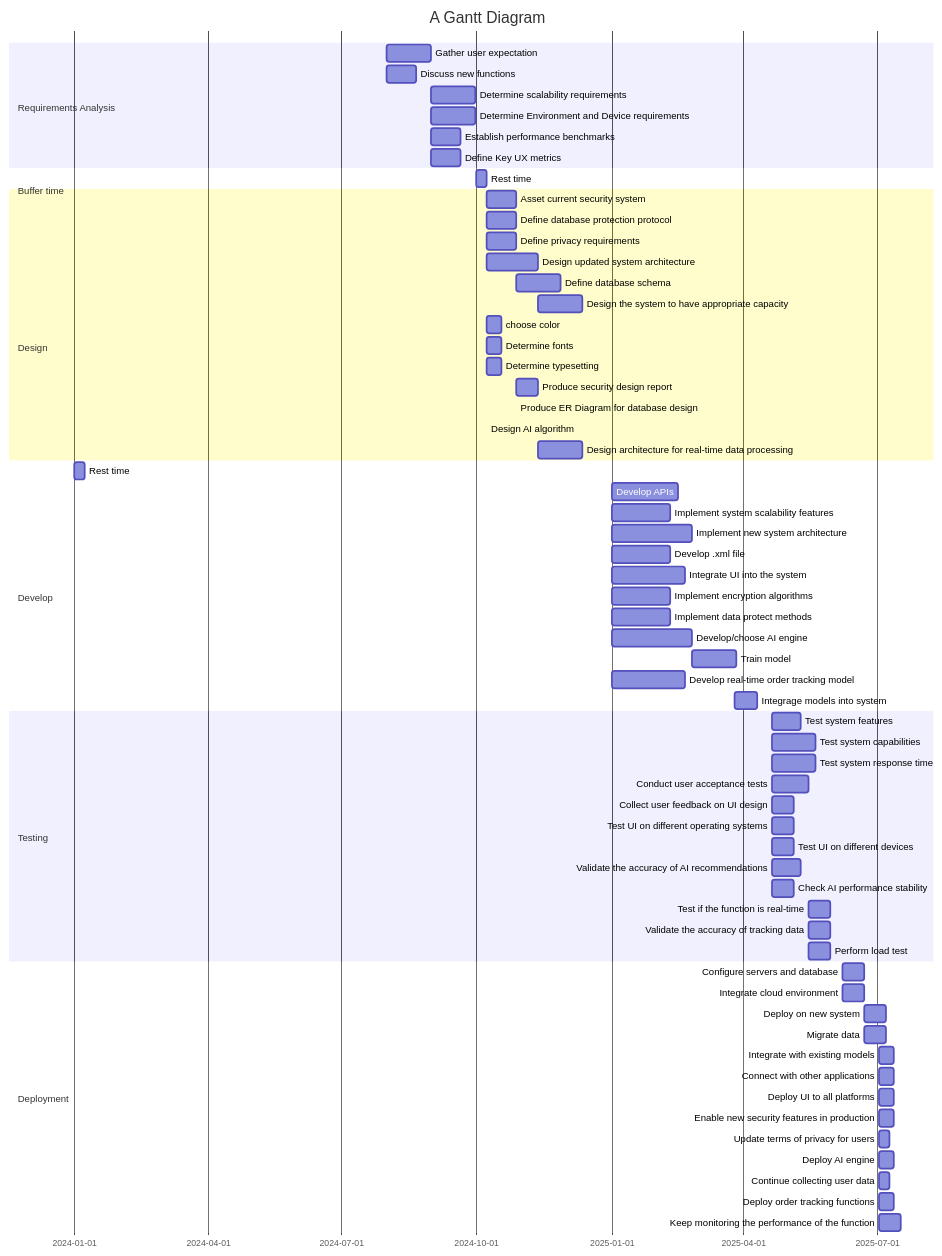
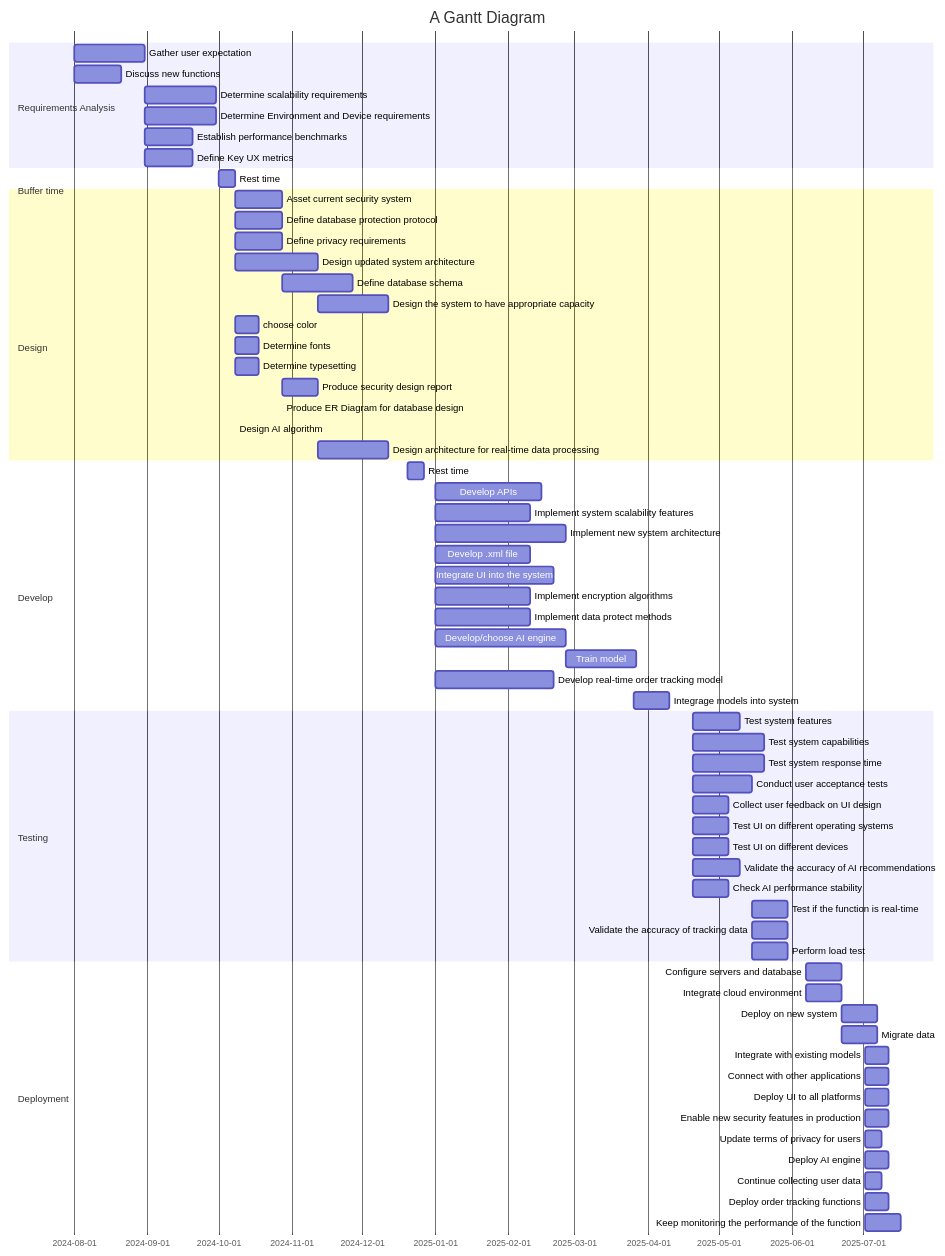
Before and after one commit to sayshelley/iodraw-files: the diagram in all/Untitled-5.md, drawn with Mermaid.

Commit message:
2024-10-11 18:48:08 update

````diff
--- a/all/Untitled-5.md
+++ b/all/Untitled-5.md
@@ -1,77 +1,77 @@
 ```mermaid
 gantt
     title A Gantt Diagram
     dateFormat  YYYY-MM-DD
     section Requirements Analysis
         Gather user expectation: a4, 2024-08-01, 30d
         Discuss new functions: a6, 2024-08-01, 20d
         Determine scalability requirements: a1, after a4, 30d
         Determine Environment and Device requirements: a2, after a4, 30d
         Establish performance benchmarks: a3, after a4, 20d
         Define Key UX metrics: a5, after a4, 20d
     section Buffer time
         Rest time: 2024-10-01, 7d
         
     section Design
         Asset current security system: b1, 2024-10-08, 20d
         Define database protection protocol: b2, 2024-10-08, 20d
         Define privacy requirements: b3, 2024-10-08, 20d
         Design updated system architecture: b4, 2024-10-08, 35d
         Define database schema: b5, after b2, 30d
         Design the system to have appropriate capacity: b6, after b4, 30d
         choose color: b7, 2024-10-08, 10d
         Determine fonts: b8, 2024-10-08, 10d
         Determine typesetting: b9, 2024-10-08, 10d
         Produce security design report: b10, 2024-10-28 ,15d
         Produce ER Diagram for database design: b11, 2024-10-28, 15
         Design AI algorithm: b12, 2024-10-08, 35
         Design architecture for real-time data processing: b13, 2024-11-12,30d
     section Buffer time
-        Rest time: 2024-1-01, 7d
+        Rest time: 2024-12-20, 7d
     section Develop
         Develop APIs: c1, 2025-01-01, 45d
         Implement system scalability features: c2, 2025-01-01, 40d
         Implement new system architecture: c3, 2025-01-01, 55d
         Develop .xml file: c4, 2025-01-01, 40d
         Integrate UI into the system: c5, 2025-01-01, 50d
         Implement encryption algorithms:c6, 2025-01-01, 40d
         Implement data protect methods: c7, 2025-01-01, 40d
         Develop/choose AI engine: c8, 2025-01-01, 55d
         Train model: c9, 2025-02-25, 30d
         Develop real-time order tracking model: c10, 2025-01-01, 50d
         Integrage models into system: c11, 2025-03-26, 15d
     section Testing
         Test system features: d1, 2025-04-20, 20d
         Test system capabilities: d2, 2025-04-20, 30d
         Test system response time: d3, 2025-04-20, 30d
         Conduct user acceptance tests: d4, 2025-04-20, 25d
         Collect user feedback on UI design: d5, 2025-04-20, 15d
         Test UI on different operating systems: d6, 2025-04-20, 15d
         Test UI on different devices: d7, 2025-04-20, 15d
         Validate the accuracy of AI recommendations: d8, 2025-04-20, 20d
         Check AI performance stability: d9, 2025-04-20, 15d
         Test if the function is real-time: d10, 2025-05-15, 15d
         Validate the accuracy of tracking data: d11, 2025-05-15, 15d
         Perform load test: d12, 2025-05-15, 15d
     section Deployment
         Configure servers and database: e1, 2025-06-07, 15d
         Integrate cloud environment: e2, 2025-06-07, 15d
         Deploy on new system: e3, 2025-06-22, 15d
         Migrate data: e4, 2025-06-22, 15d
         Integrate with existing models: e5, 2025-07-02, 10d
         Connect with other applications: e6, 2025-07-02,10d
         Deploy UI to all platforms: e7, 2025-07-02, 10d
         Enable new security features in production: e8, 2025-07-02, 10d
         Update terms of privacy for users: e9, 2025-07-02, 7d
         Deploy AI engine: e10, 2025-07-02,10d
         Continue collecting user data: e11, 2025-07-02, 7d
         Deploy order tracking functions: e12, 2025-07-02, 10d
         Keep monitoring the performance of the function: e13, 2025-07-02, 15d
     
         
 
     
 
 
    
 ```
````
